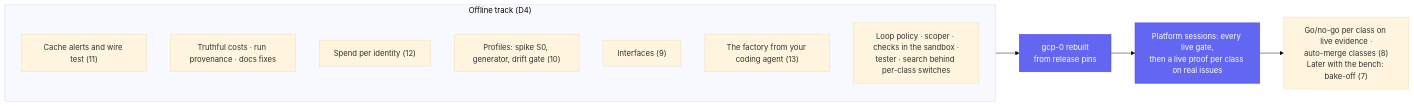
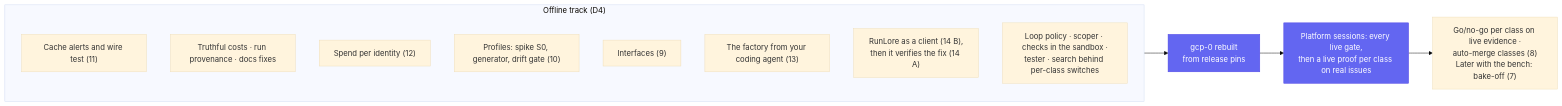
Before and after one commit to Smana/ai-native-ref: the second of 2 diagrams in docs/superpowers/specs/2026-10-19-v3-roadmap-design.md, drawn with Mermaid (base theme). The commit also changed other lines of this file and 2 other files, not shown here.

Commit message:
docs(v3): feature 14, agent-to-agent work with RunLore: design, roadmap D8 and status row

````diff
--- a/docs/superpowers/specs/2026-10-19-v3-roadmap-design.md
+++ b/docs/superpowers/specs/2026-10-19-v3-roadmap-design.md
@@ -112,18 +120,19 @@
 ```mermaid
 flowchart LR
   subgraph off["Offline track (D4)"]
     direction TB
     o1["Cache alerts and wire test (11)"]
     o2["Truthful costs · run provenance · docs fixes"]
     o3["Spend per identity (12)"]
     o4["Profiles: spike S0, generator, drift gate (10)"]
     o5["Interfaces (9)"]
     o7["The factory from your coding agent (13)"]
+    o8["RunLore as a client (14 B),<br/>then it verifies the fix (14 A)"]
     o6["Loop policy · scoper · checks in the sandbox ·<br/>tester · search behind per-class switches"]
   end
   off --> gcp["gcp-0 rebuilt<br/>from release pins"]
   gcp --> live["Platform sessions: every live gate,<br/>then a live proof per class on real issues"]
   live --> gated["Go/no-go per class on live evidence ·<br/>auto-merge classes (8)<br/>Later with the bench: bake-off (7)"]
   classDef base fill:#6366f1,stroke:#4f46e5,color:#fff
   class gcp,live base
 ```
````
